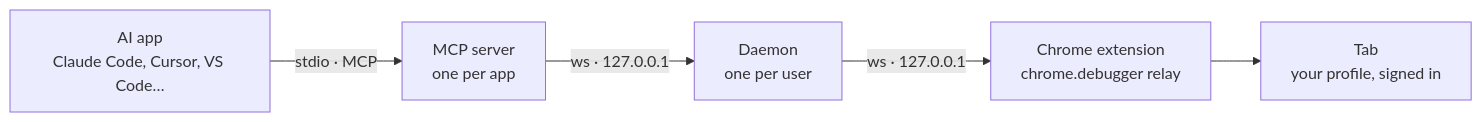
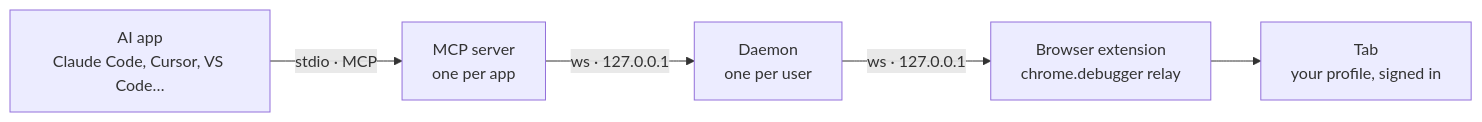
The diagram in README.md (NTbankey1/browser-mcp), drawn with Mermaid before and after one commit. The commit also changed other lines of this file, not shown here.

First line of the commit message:
docs: don't imply Chrome-only support in the README

````diff
--- a/README.md
+++ b/README.md
@@ -39,7 +39,7 @@
 ```mermaid
 flowchart LR
   A["AI app<br/>Claude Code, Cursor, VS Code…"] -->|"stdio · MCP"| B["MCP server<br/>one per app"]
   B -->|"ws · 127.0.0.1"| C["Daemon<br/>one per user"]
-  C -->|"ws · 127.0.0.1"| D["Chrome extension<br/>chrome.debugger relay"]
+  C -->|"ws · 127.0.0.1"| D["Browser extension<br/>chrome.debugger relay"]
   D --> E["Tab<br/>your profile, signed in"]
 ```
````
